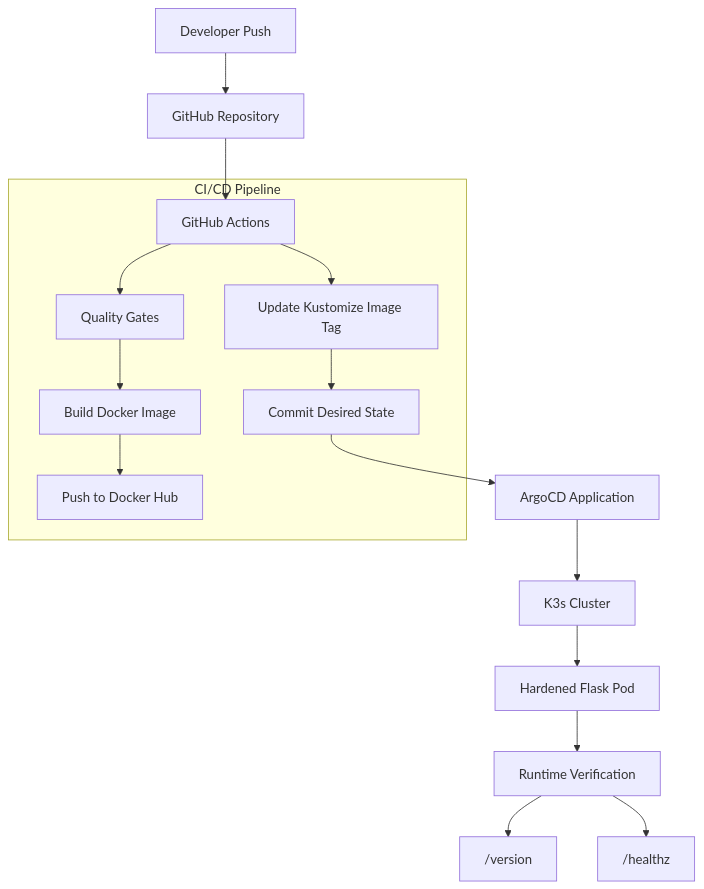
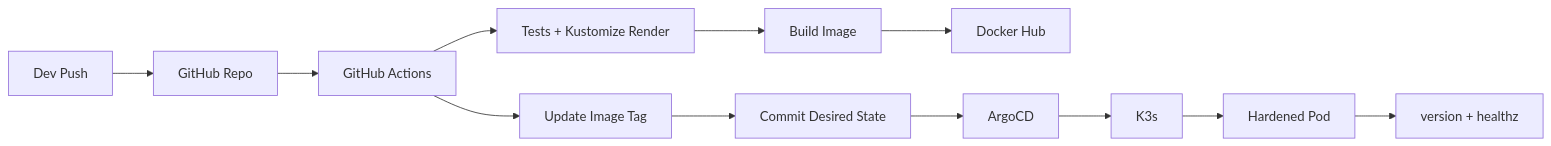
One commit to hoangdonguit/gitops-cicd-k3s-lab changed the diagram in README.md. Above: the diagram before and after it, drawn with Mermaid.

Commit message:
docs: compact README architecture diagram

````diff
--- a/README.md
+++ b/README.md
@@ -12,21 +12,14 @@
 ```mermaid
-flowchart TD
-    Dev["Developer Push"] --> GH["GitHub Repository"]
+flowchart LR
+    Dev["Dev Push"] --> GH["GitHub Repo"]
     GH --> CI["GitHub Actions"]
-
-    subgraph Pipeline["CI/CD Pipeline"]
-        CI --> Test["Quality Gates"]
-        Test --> Build["Build Docker Image"]
-        Build --> Hub["Push to Docker Hub"]
-        CI --> Manifest["Update Kustomize Image Tag"]
-        Manifest --> Git["Commit Desired State"]
-    end
-
-    Git --> ArgoCD["ArgoCD Application"]
-    ArgoCD --> K3s["K3s Cluster"]
-    K3s --> Pod["Hardened Flask Pod"]
-    Pod --> Verify["Runtime Verification"]
-
-    Verify --> Version["/version"]
-    Verify --> Health["/healthz"]
+    CI --> QG["Tests + Kustomize Render"]
+    QG --> Build["Build Image"]
+    Build --> Hub["Docker Hub"]
+    CI --> Tag["Update Image Tag"]
+    Tag --> Git["Commit Desired State"]
+    Git --> Argo["ArgoCD"]
+    Argo --> K3s["K3s"]
+    K3s --> Pod["Hardened Pod"]
+    Pod --> Verify["version + healthz"]
 ```
````
